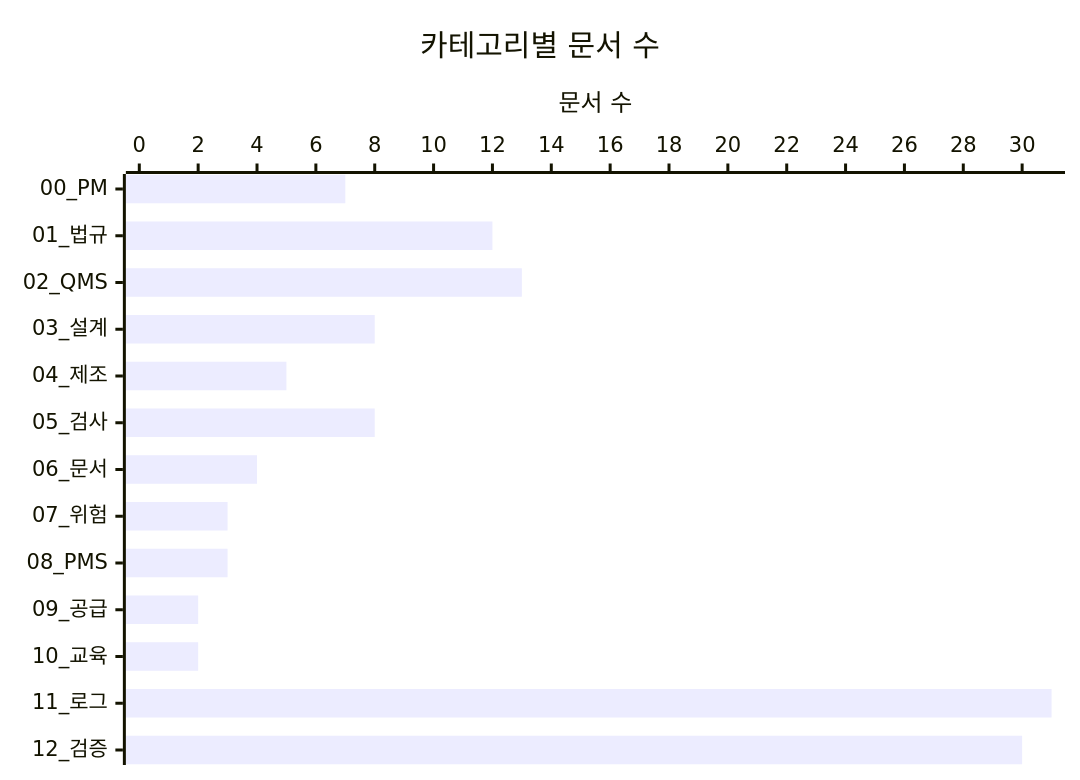
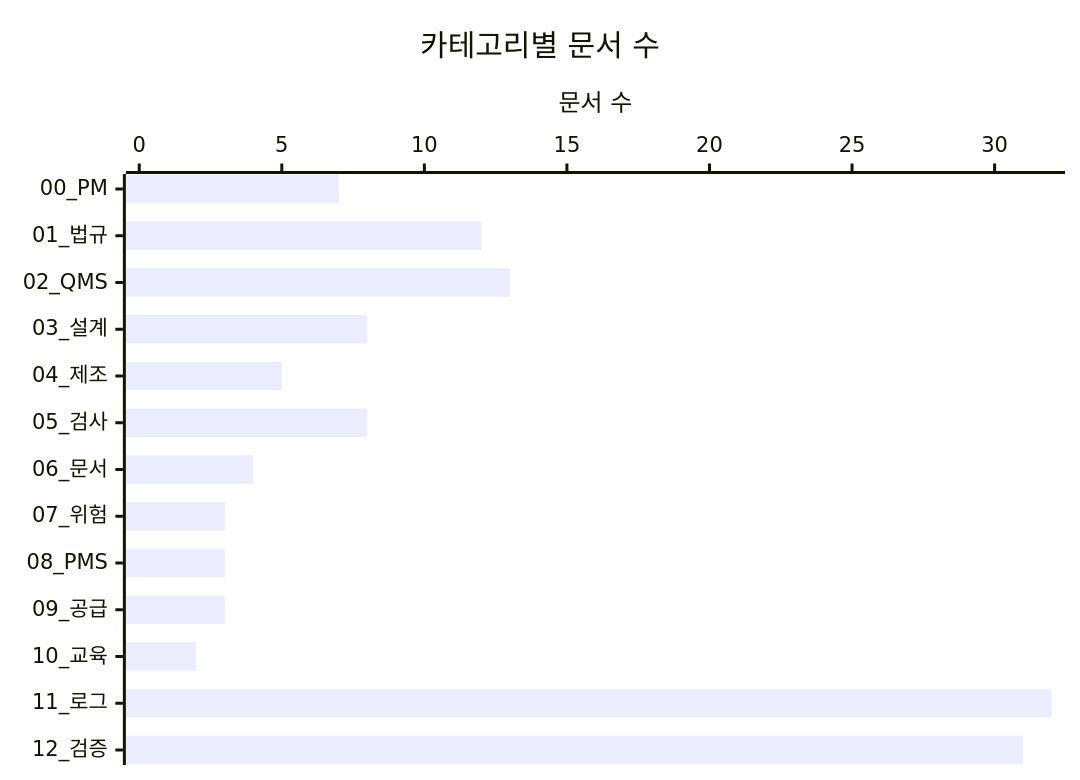
Before and after one commit to holee9/MD-process: the second of 4 diagrams in README.md, drawn with Mermaid. The commit also changed other lines of this file, not shown here.

````diff
--- a/README.md
+++ b/README.md
@@ -98,8 +98,8 @@
 ```mermaid
 %%{init: {"theme":"default"}}%%
 xychart-beta horizontal
     title "카테고리별 문서 수"
     x-axis ["00_PM","01_법규","02_QMS","03_설계","04_제조","05_검사","06_문서","07_위험","08_PMS","09_공급","10_교육","11_로그","12_검증"]
-    y-axis "문서 수" 0 --> 31
-    bar [7,12,13,8,5,8,4,3,3,2,2,31,30]
+    y-axis "문서 수" 0 --> 32
+    bar [7,12,13,8,5,8,4,3,3,3,2,32,31]
 ```
````
